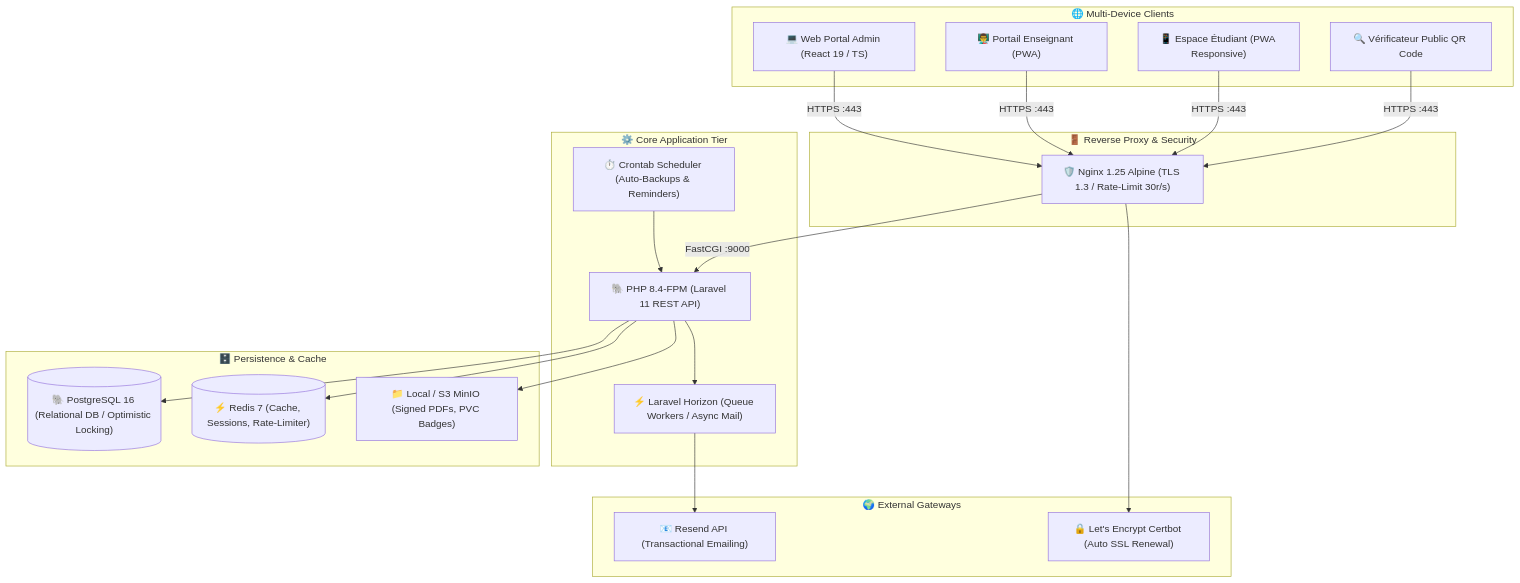
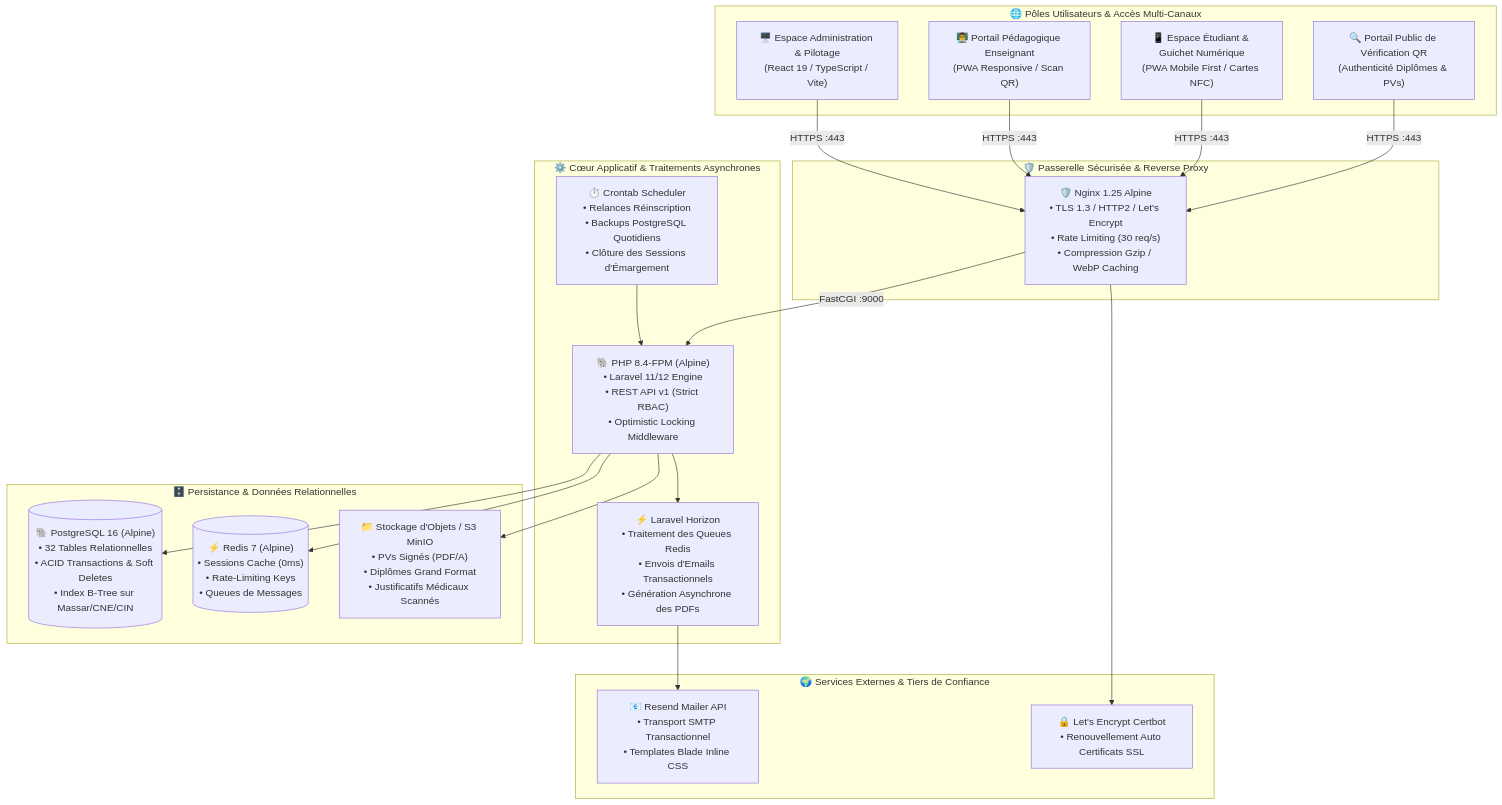
Before and after one commit to radouane99/ENCG-ERP: the first of 7 diagrams in README.md, drawn with Mermaid. The commit also changed other lines of this file, not shown here.

Commit message:
docs: create mega-detailed enterprise README with 6 mermaid diagrams, full RBAC matrix, 14 module deep dives, and QA testing tables

````diff
--- a/README.md
+++ b/README.md
@@ -45,40 +36,40 @@
 ```mermaid
-graph TD
-    subgraph Clients["🌐 Multi-Device Clients"]
-        WebAdmin["💻 Web Portal Admin (React 19 / TS)"]
-        WebProf["👨‍🏫 Portail Enseignant (PWA)"]
-        WebStudent["📱 Espace Étudiant (PWA Responsive)"]
-        PublicScan["🔍 Vérificateur Public QR Code"]
+graph TB
+    subgraph Clients["🌐 Pôles Utilisateurs & Accès Multi-Canaux"]
+        AdminUI["🖥️ Espace Administration & Pilotage<br/>(React 19 / TypeScript / Vite)"]
+        ProfUI["👨‍🏫 Portail Pédagogique Enseignant<br/>(PWA Responsive / Scan QR)"]
+        StudentUI["📱 Espace Étudiant & Guichet Numérique<br/>(PWA Mobile First / Cartes NFC)"]
+        PublicVerifier["🔍 Portail Public de Vérification QR<br/>(Authenticité Diplômes & PVs)"]
     end
 
-    subgraph Gateway["🚪 Reverse Proxy & Security"]
-        Nginx["🛡️ Nginx 1.25 Alpine (TLS 1.3 / Rate-Limit 30r/s)"]
+    subgraph EdgeTier["🛡️ Passerelle Sécurisée & Reverse Proxy"]
+        Nginx["🛡️ Nginx 1.25 Alpine<br/>• TLS 1.3 / HTTP2 / Let's Encrypt<br/>• Rate Limiting (30 req/s)<br/>• Compression Gzip / WebP Caching"]
     end
 
-    subgraph AppServer["⚙️ Core Application Tier"]
-        PHP["🐘 PHP 8.4-FPM (Laravel 11 REST API)"]
-        Horizon["⚡ Laravel Horizon (Queue Workers / Async Mail)"]
-        Cron["⏱️ Crontab Scheduler (Auto-Backups & Reminders)"]
+    subgraph AppTier["⚙️ Cœur Applicatif & Traitements Asynchrones"]
+        PHP["🐘 PHP 8.4-FPM (Alpine)<br/>• Laravel 11/12 Engine<br/>• REST API v1 (Strict RBAC)<br/>• Optimistic Locking Middleware"]
+        Horizon["⚡ Laravel Horizon<br/>• Traitement des Queues Redis<br/>• Envois d'Emails Transactionnels<br/>• Génération Asynchrone des PDFs"]
+        Scheduler["⏱️ Crontab Scheduler<br/>• Relances Réinscription<br/>• Backups PostgreSQL Quotidiens<br/>• Clôture des Sessions d'Émargement"]
     end
 
-    subgraph DataTier["🗄️ Persistence & Cache"]
-        Postgres[("🐘 PostgreSQL 16 (Relational DB / Optimistic Locking)")]
-        Redis[("⚡ Redis 7 (Cache, Sessions, Rate-Limiter)")]
-        Storage["📁 Local / S3 MinIO (Signed PDFs, PVC Badges)"]
+    subgraph DataTier["🗄️ Persistance & Données Relationnelles"]
+        Postgres[("🐘 PostgreSQL 16 (Alpine)<br/>• 32 Tables Relationnelles<br/>• ACID Transactions & Soft Deletes<br/>• Index B-Tree sur Massar/CNE/CIN")]
+        Redis[("⚡ Redis 7 (Alpine)<br/>• Sessions Cache (0ms)<br/>• Rate-Limiting Keys<br/>• Queues de Messages")]
+        Storage["📁 Stockage d'Objets / S3 MinIO<br/>• PVs Signés (PDF/A)<br/>• Diplômes Grand Format<br/>• Justificatifs Médicaux Scannés"]
     end
 
-    subgraph External["🌍 External Gateways"]
-        Resend["📧 Resend API (Transactional Emailing)"]
-        LetEncrypt["🔒 Let's Encrypt Certbot (Auto SSL Renewal)"]
+    subgraph ExternalServices["🌍 Services Externes & Tiers de Confiance"]
+        ResendMail["📧 Resend Mailer API<br/>• Transport SMTP Transactionnel<br/>• Templates Blade Inline CSS"]
+        Certbot["🔒 Let's Encrypt Certbot<br/>• Renouvellement Auto Certificats SSL"]
     end
 
-    WebAdmin & WebProf & WebStudent & PublicScan -->|HTTPS :443| Nginx
+    AdminUI & ProfUI & StudentUI & PublicVerifier -->|HTTPS :443| Nginx
     Nginx -->|FastCGI :9000| PHP
     PHP --> Postgres
     PHP --> Redis
     PHP --> Storage
     PHP --> Horizon
-    Horizon --> Resend
-    Cron --> PHP
-    Nginx --> LetEncrypt
+    Horizon --> ResendMail
+    Scheduler --> PHP
+    Nginx --> Certbot
 ```
````
